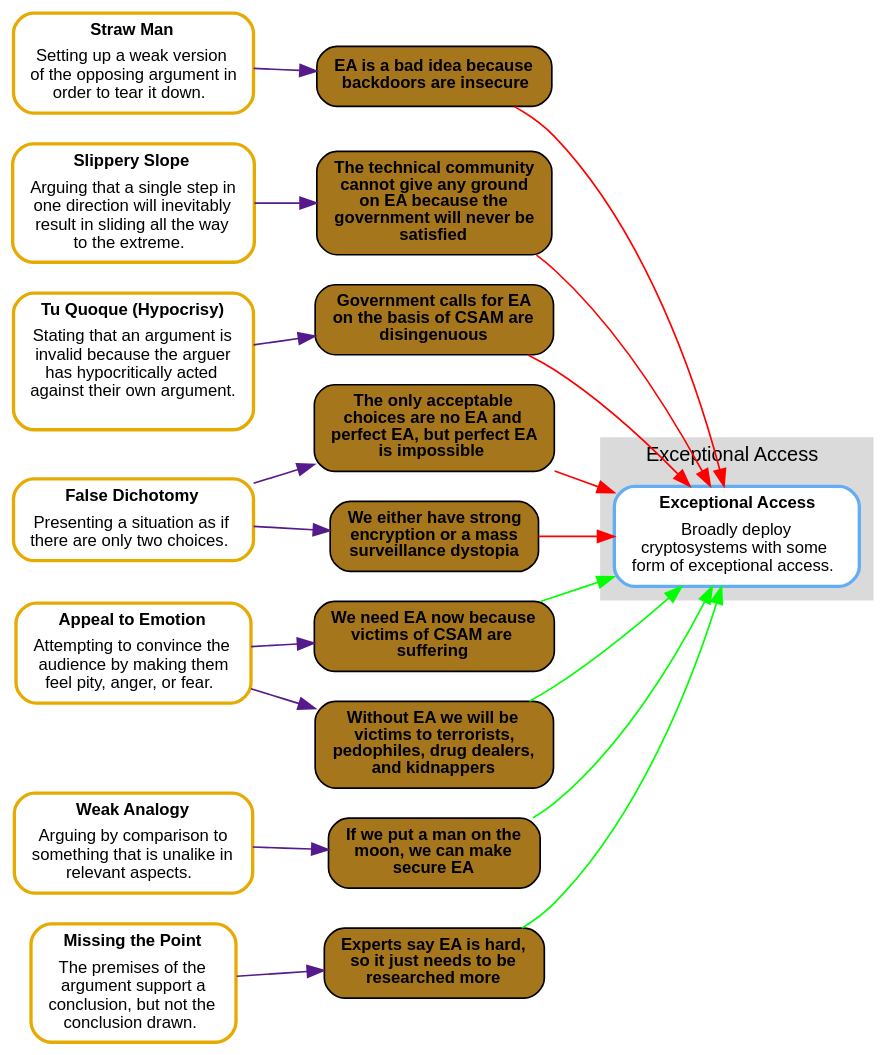
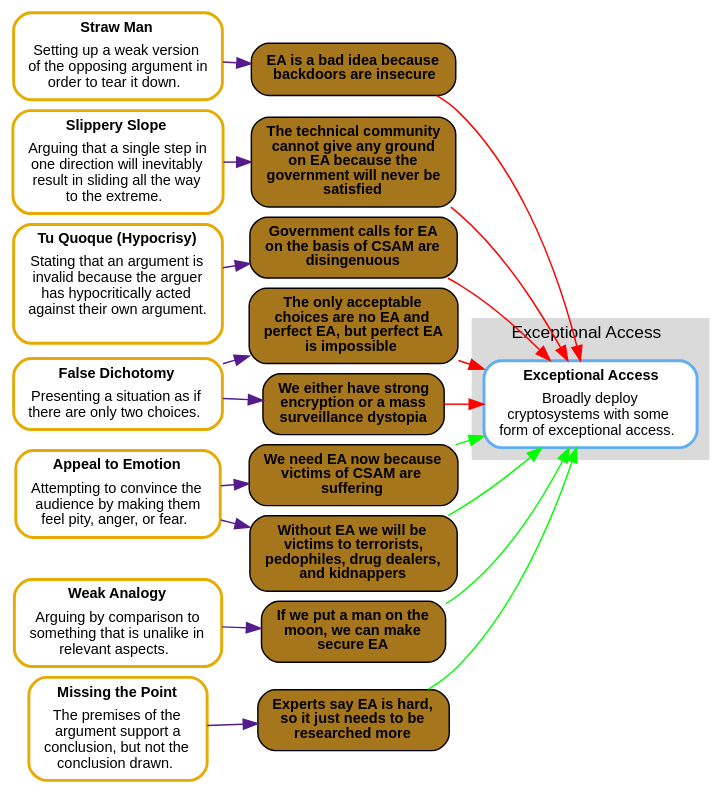
One commit to kkredit/confronting-wicked-crypto changed the diagram in articles/tots-ieee/figures/dot/comprehensive.fallacies.dot. Above: the diagram before and after it, drawn with Graphviz. The commit also changed 5 other files, not shown here.

Commit message:
modified dot files for more compact graphs

```diff
--- a/articles/tots-ieee/figures/dot/comprehensive.fallacies.dot
+++ b/articles/tots-ieee/figures/dot/comprehensive.fallacies.dot
@@ -1,59 +1,61 @@
 digraph "Argument Map" {
 
 rankdir = "LR";
+nodesep = "0.1";
+ranksep = "0.25";
 concentrate = "false";
-ratio = "auto";
-size = "10,10";
+ratio = "compress";
+size = "6,8.5";
 edge[arrowsize="1", penwidth="1"]graph [bgcolor = "transparent" ]
 subgraph cluster_1 {
   label = <<FONT FACE="arial" POINT-SIZE="12" COLOR="#000000">Exceptional&#x20;Access&#x20;</FONT>>;
   color = "#DADADA";
   margin="8" style = filled;
  labelloc = "t";
 
   n0 [label=<<TABLE WIDTH="0" ALIGN="CENTER" BORDER="0" CELLSPACING="0"><TR><TD WIDTH="0" ALIGN="TEXT" BALIGN="CENTER"><FONT FACE="arial" POINT-SIZE="10" COLOR="#000000"><B>Exceptional&#x20;Access&#x20;</B></FONT></TD></TR><TR><TD ALIGN="TEXT" WIDTH="0" BALIGN="CENTER"><FONT FACE="arial" POINT-SIZE="10" COLOR="#000000">Broadly&#x20;deploy&#x20;<BR/>cryptosystems&#x20;with&#x20;some&#x20;<BR/>form&#x20;of&#x20;exceptional&#x20;access.&#x20;&#x20;</FONT></TD></TR></TABLE>>, shape="box",  margin="0.11,0.055", style="filled,rounded,bold", color="#63AEF2", fillcolor="white", labelfontcolor="white", fontcolor="#000000", type="statement-map-node"];
 
 }
 
   n1 [label=<<TABLE WIDTH="0" ALIGN="CENTER" BORDER="0" CELLSPACING="0"><TR><TD WIDTH="0" ALIGN="TEXT" BALIGN="CENTER"><FONT FACE="arial" POINT-SIZE="10" COLOR="#000000"><B>Missing&#x20;the&#x20;Point&#x20;</B></FONT></TD></TR><TR><TD ALIGN="TEXT" WIDTH="0" BALIGN="CENTER"><FONT FACE="arial" POINT-SIZE="10" COLOR="#000000">The&#x20;premises&#x20;of&#x20;the&#x20;<BR/>argument&#x20;support&#x20;a&#x20;<BR/>conclusion&#x2C;&#x20;but&#x20;not&#x20;the&#x20;<BR/>conclusion&#x20;drawn.&#x20;&#x20;</FONT></TD></TR></TABLE>>, shape="box",  margin="0.11,0.055", style="filled,rounded,bold", color="#e6ab02", fillcolor="white", labelfontcolor="white", fontcolor="#000000", type="statement-map-node"];
   n2 [label=<<TABLE WIDTH="0" ALIGN="CENTER" BORDER="0" CELLSPACING="0"><TR><TD WIDTH="0" ALIGN="TEXT" BALIGN="CENTER"><FONT FACE="arial" POINT-SIZE="10" COLOR="#000000"><B>Slippery&#x20;Slope&#x20;</B></FONT></TD></TR><TR><TD ALIGN="TEXT" WIDTH="0" BALIGN="CENTER"><FONT FACE="arial" POINT-SIZE="10" COLOR="#000000">Arguing&#x20;that&#x20;a&#x20;single&#x20;step&#x20;in&#x20;<BR/>one&#x20;direction&#x20;will&#x20;inevitably&#x20;<BR/>result&#x20;in&#x20;sliding&#x20;all&#x20;the&#x20;way&#x20;<BR/>to&#x20;the&#x20;extreme.&#x20;&#x20;</FONT></TD></TR></TABLE>>, shape="box",  margin="0.11,0.055", style="filled,rounded,bold", color="#e6ab02", fillcolor="white", labelfontcolor="white", fontcolor="#000000", type="statement-map-node"];
   n3 [label=<<TABLE WIDTH="0" ALIGN="CENTER" BORDER="0" CELLSPACING="0"><TR><TD WIDTH="0" ALIGN="TEXT" BALIGN="CENTER"><FONT FACE="arial" POINT-SIZE="10" COLOR="#000000"><B>Weak&#x20;Analogy&#x20;</B></FONT></TD></TR><TR><TD ALIGN="TEXT" WIDTH="0" BALIGN="CENTER"><FONT FACE="arial" POINT-SIZE="10" COLOR="#000000">Arguing&#x20;by&#x20;comparison&#x20;to&#x20;<BR/>something&#x20;that&#x20;is&#x20;unalike&#x20;in&#x20;<BR/>relevant&#x20;aspects.&#x20;&#x20;</FONT></TD></TR></TABLE>>, shape="box",  margin="0.11,0.055", style="filled,rounded,bold", color="#e6ab02", fillcolor="white", labelfontcolor="white", fontcolor="#000000", type="statement-map-node"];
   n4 [label=<<TABLE WIDTH="0" ALIGN="CENTER" BORDER="0" CELLSPACING="0"><TR><TD WIDTH="0" ALIGN="TEXT" BALIGN="CENTER"><FONT FACE="arial" POINT-SIZE="10" COLOR="#000000"><B>Tu&#x20;Quoque&#x20;&#x28;Hypocrisy&#x29;&#x20;</B></FONT></TD></TR><TR><TD ALIGN="TEXT" WIDTH="0" BALIGN="CENTER"><FONT FACE="arial" POINT-SIZE="10" COLOR="#000000">Stating&#x20;that&#x20;an&#x20;argument&#x20;is&#x20;<BR/>invalid&#x20;because&#x20;the&#x20;arguer&#x20;<BR/>has&#x20;hypocritically&#x20;acted&#x20;<BR/>against&#x20;their&#x20;own&#x20;argument.&#x20;<BR/>&#x20;</FONT></TD></TR></TABLE>>, shape="box",  margin="0.11,0.055", style="filled,rounded,bold", color="#e6ab02", fillcolor="white", labelfontcolor="white", fontcolor="#000000", type="statement-map-node"];
   n5 [label=<<TABLE WIDTH="0" ALIGN="CENTER" BORDER="0" CELLSPACING="0"><TR><TD WIDTH="0" ALIGN="TEXT" BALIGN="CENTER"><FONT FACE="arial" POINT-SIZE="10" COLOR="#000000"><B>Appeal&#x20;to&#x20;Emotion&#x20;</B></FONT></TD></TR><TR><TD ALIGN="TEXT" WIDTH="0" BALIGN="CENTER"><FONT FACE="arial" POINT-SIZE="10" COLOR="#000000">Attempting&#x20;to&#x20;convince&#x20;the&#x20;<BR/>audience&#x20;by&#x20;making&#x20;them&#x20;<BR/>feel&#x20;pity&#x2C;&#x20;anger&#x2C;&#x20;or&#x20;fear.&#x20;&#x20;</FONT></TD></TR></TABLE>>, shape="box",  margin="0.11,0.055", style="filled,rounded,bold", color="#e6ab02", fillcolor="white", labelfontcolor="white", fontcolor="#000000", type="statement-map-node"];
   n6 [label=<<TABLE WIDTH="0" ALIGN="CENTER" BORDER="0" CELLSPACING="0"><TR><TD WIDTH="0" ALIGN="TEXT" BALIGN="CENTER"><FONT FACE="arial" POINT-SIZE="10" COLOR="#000000"><B>Straw&#x20;Man&#x20;</B></FONT></TD></TR><TR><TD ALIGN="TEXT" WIDTH="0" BALIGN="CENTER"><FONT FACE="arial" POINT-SIZE="10" COLOR="#000000">Setting&#x20;up&#x20;a&#x20;weak&#x20;version&#x20;<BR/>of&#x20;the&#x20;opposing&#x20;argument&#x20;in&#x20;<BR/>order&#x20;to&#x20;tear&#x20;it&#x20;down.&#x20;&#x20;</FONT></TD></TR></TABLE>>, shape="box",  margin="0.11,0.055", style="filled,rounded,bold", color="#e6ab02", fillcolor="white", labelfontcolor="white", fontcolor="#000000", type="statement-map-node"];
   n7 [label=<<TABLE WIDTH="0" ALIGN="CENTER" BORDER="0" CELLSPACING="0"><TR><TD WIDTH="0" ALIGN="TEXT" BALIGN="CENTER"><FONT FACE="arial" POINT-SIZE="10" COLOR="#000000"><B>False&#x20;Dichotomy&#x20;</B></FONT></TD></TR><TR><TD ALIGN="TEXT" WIDTH="0" BALIGN="CENTER"><FONT FACE="arial" POINT-SIZE="10" COLOR="#000000">Presenting&#x20;a&#x20;situation&#x20;as&#x20;if&#x20;<BR/>there&#x20;are&#x20;only&#x20;two&#x20;choices.&#x20;&#x20;</FONT></TD></TR></TABLE>>, shape="box",  margin="0.11,0.055", style="filled,rounded,bold", color="#e6ab02", fillcolor="white", labelfontcolor="white", fontcolor="#000000", type="statement-map-node"];
   n8 [label=<<TABLE WIDTH="0" ALIGN="CENTER" BORDER="0" CELLSPACING="0"><TR><TD WIDTH="0" ALIGN="TEXT" BALIGN="CENTER"><FONT FACE="arial" POINT-SIZE="10" COLOR="#000000"><B>EA&#x20;is&#x20;a&#x20;bad&#x20;idea&#x20;because&#x20;<BR/>backdoors&#x20;are&#x20;insecure&#x20;</B></FONT></TD></TR></TABLE>>, margin="0.11,0.055", shape="box", style="filled,rounded", fillcolor="#a6761d", fontcolor="#000000",  type="argument-map-node"];
   n9 [label=<<TABLE WIDTH="0" ALIGN="CENTER" BORDER="0" CELLSPACING="0"><TR><TD WIDTH="0" ALIGN="TEXT" BALIGN="CENTER"><FONT FACE="arial" POINT-SIZE="10" COLOR="#000000"><B>The&#x20;technical&#x20;community&#x20;<BR/>cannot&#x20;give&#x20;any&#x20;ground&#x20;<BR/>on&#x20;EA&#x20;because&#x20;the&#x20;<BR/>government&#x20;will&#x20;never&#x20;be&#x20;<BR/>satisfied&#x20;</B></FONT></TD></TR></TABLE>>, margin="0.11,0.055", shape="box", style="filled,rounded", fillcolor="#a6761d", fontcolor="#000000",  type="argument-map-node"];
   n10 [label=<<TABLE WIDTH="0" ALIGN="CENTER" BORDER="0" CELLSPACING="0"><TR><TD WIDTH="0" ALIGN="TEXT" BALIGN="CENTER"><FONT FACE="arial" POINT-SIZE="10" COLOR="#000000"><B>Government&#x20;calls&#x20;for&#x20;EA&#x20;<BR/>on&#x20;the&#x20;basis&#x20;of&#x20;CSAM&#x20;are&#x20;<BR/>disingenuous&#x20;</B></FONT></TD></TR></TABLE>>, margin="0.11,0.055", shape="box", style="filled,rounded", fillcolor="#a6761d", fontcolor="#000000",  type="argument-map-node"];
   n11 [label=<<TABLE WIDTH="0" ALIGN="CENTER" BORDER="0" CELLSPACING="0"><TR><TD WIDTH="0" ALIGN="TEXT" BALIGN="CENTER"><FONT FACE="arial" POINT-SIZE="10" COLOR="#000000"><B>The&#x20;only&#x20;acceptable&#x20;<BR/>choices&#x20;are&#x20;no&#x20;EA&#x20;and&#x20;<BR/>perfect&#x20;EA&#x2C;&#x20;but&#x20;perfect&#x20;EA&#x20;<BR/>is&#x20;impossible&#x20;</B></FONT></TD></TR></TABLE>>, margin="0.11,0.055", shape="box", style="filled,rounded", fillcolor="#a6761d", fontcolor="#000000",  type="argument-map-node"];
   n12 [label=<<TABLE WIDTH="0" ALIGN="CENTER" BORDER="0" CELLSPACING="0"><TR><TD WIDTH="0" ALIGN="TEXT" BALIGN="CENTER"><FONT FACE="arial" POINT-SIZE="10" COLOR="#000000"><B>We&#x20;either&#x20;have&#x20;strong&#x20;<BR/>encryption&#x20;or&#x20;a&#x20;mass&#x20;<BR/>surveillance&#x20;dystopia&#x20;</B></FONT></TD></TR></TABLE>>, margin="0.11,0.055", shape="box", style="filled,rounded", fillcolor="#a6761d", fontcolor="#000000",  type="argument-map-node"];
   n13 [label=<<TABLE WIDTH="0" ALIGN="CENTER" BORDER="0" CELLSPACING="0"><TR><TD WIDTH="0" ALIGN="TEXT" BALIGN="CENTER"><FONT FACE="arial" POINT-SIZE="10" COLOR="#000000"><B>We&#x20;need&#x20;EA&#x20;now&#x20;because&#x20;<BR/>victims&#x20;of&#x20;CSAM&#x20;are&#x20;<BR/>suffering&#x20;</B></FONT></TD></TR></TABLE>>, margin="0.11,0.055", shape="box", style="filled,rounded", fillcolor="#a6761d", fontcolor="#000000",  type="argument-map-node"];
   n14 [label=<<TABLE WIDTH="0" ALIGN="CENTER" BORDER="0" CELLSPACING="0"><TR><TD WIDTH="0" ALIGN="TEXT" BALIGN="CENTER"><FONT FACE="arial" POINT-SIZE="10" COLOR="#000000"><B>Without&#x20;EA&#x20;we&#x20;will&#x20;be&#x20;<BR/>victims&#x20;to&#x20;terrorists&#x2C;&#x20;<BR/>pedophiles&#x2C;&#x20;drug&#x20;dealers&#x2C;&#x20;<BR/>and&#x20;kidnappers&#x20;</B></FONT></TD></TR></TABLE>>, margin="0.11,0.055", shape="box", style="filled,rounded", fillcolor="#a6761d", fontcolor="#000000",  type="argument-map-node"];
   n15 [label=<<TABLE WIDTH="0" ALIGN="CENTER" BORDER="0" CELLSPACING="0"><TR><TD WIDTH="0" ALIGN="TEXT" BALIGN="CENTER"><FONT FACE="arial" POINT-SIZE="10" COLOR="#000000"><B>If&#x20;we&#x20;put&#x20;a&#x20;man&#x20;on&#x20;the&#x20;<BR/>moon&#x2C;&#x20;we&#x20;can&#x20;make&#x20;<BR/>secure&#x20;EA&#x20;</B></FONT></TD></TR></TABLE>>, margin="0.11,0.055", shape="box", style="filled,rounded", fillcolor="#a6761d", fontcolor="#000000",  type="argument-map-node"];
   n16 [label=<<TABLE WIDTH="0" ALIGN="CENTER" BORDER="0" CELLSPACING="0"><TR><TD WIDTH="0" ALIGN="TEXT" BALIGN="CENTER"><FONT FACE="arial" POINT-SIZE="10" COLOR="#000000"><B>Experts&#x20;say&#x20;EA&#x20;is&#x20;hard&#x2C;&#x20;<BR/>so&#x20;it&#x20;just&#x20;needs&#x20;to&#x20;be&#x20;<BR/>researched&#x20;more&#x20;</B></FONT></TD></TR></TABLE>>, margin="0.11,0.055", shape="box", style="filled,rounded", fillcolor="#a6761d", fontcolor="#000000",  type="argument-map-node"];
 
 
   n8 -> n0 [type="attack", color="#ff0000"];
   n6 -> n8 [type="undercut", color="#551A8B"];
   n9 -> n0 [type="attack", color="#ff0000"];
   n2 -> n9 [type="undercut", color="#551A8B"];
   n10 -> n0 [type="attack", color="#ff0000"];
   n4 -> n10 [type="undercut", color="#551A8B"];
   n11 -> n0 [type="attack", color="#ff0000"];
   n7 -> n11 [type="undercut", color="#551A8B"];
   n12 -> n0 [type="attack", color="#ff0000"];
   n7 -> n12 [type="undercut", color="#551A8B"];
   n13 -> n0 [type="support", color="#00ff00"];
   n5 -> n13 [type="undercut", color="#551A8B"];
   n14 -> n0 [type="support", color="#00ff00"];
   n5 -> n14 [type="undercut", color="#551A8B"];
   n15 -> n0 [type="support", color="#00ff00"];
   n3 -> n15 [type="undercut", color="#551A8B"];
   n16 -> n0 [type="support", color="#00ff00"];
   n1 -> n16 [type="undercut", color="#551A8B"];
 { rank = same;
 };
 { rank = same;
 };
 
 }
```
